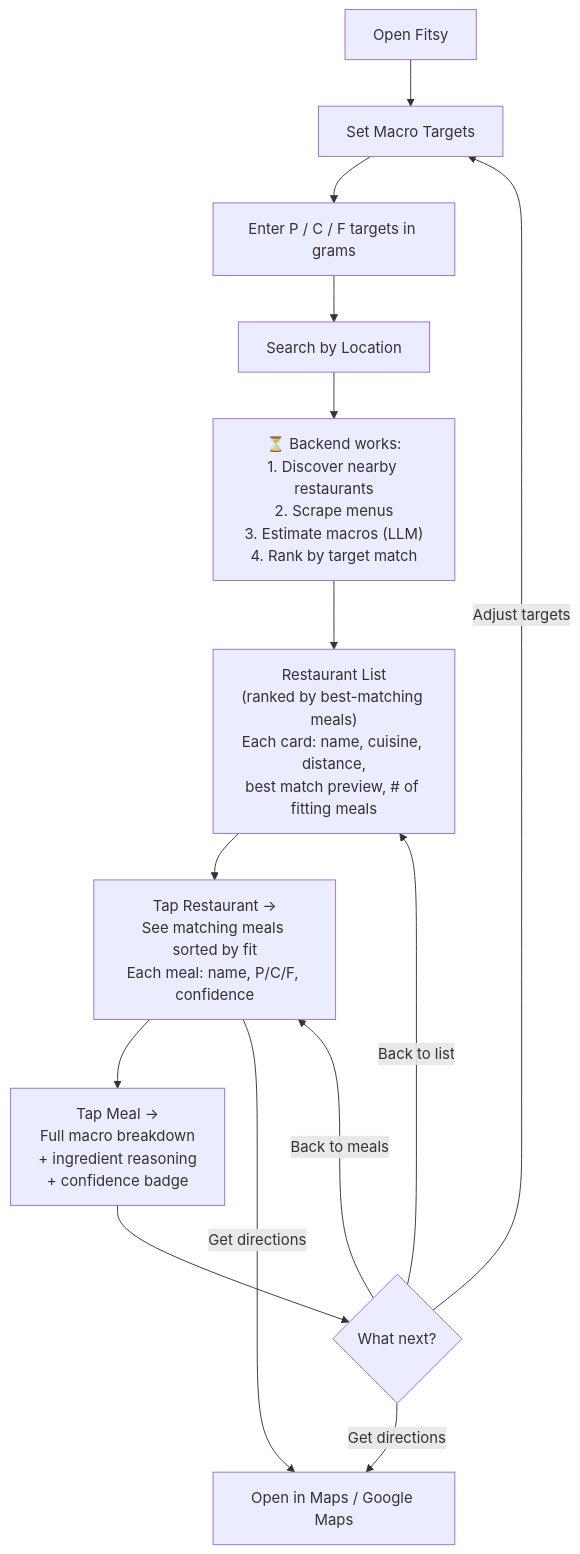
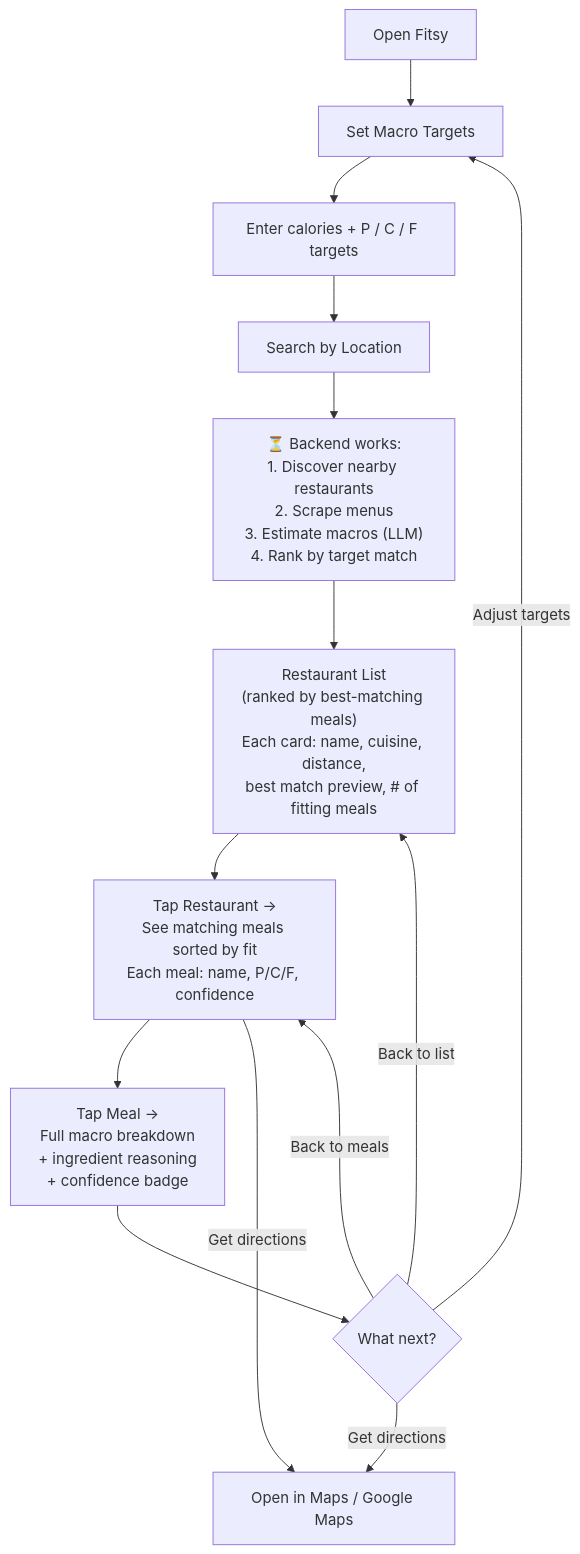
Before and after one commit to dgmolla/fitsy: the first of 2 diagrams in docs/product/specs/vision-prd.md, drawn with Mermaid. The commit also changed other lines of this file and 1 other file, not shown here.

Commit message:
Add calories to macro target input alongside P/C/F

````diff
--- a/docs/product/specs/vision-prd.md
+++ b/docs/product/specs/vision-prd.md
@@ -96,22 +96,22 @@
 ```mermaid
 flowchart TD
     A[Open Fitsy] --> B[Set Macro Targets]
-    B --> C[Enter P / C / F targets in grams]
+    B --> C[Enter calories + P / C / F targets]
     C --> D[Search by Location]
 
     D --> Loading["⏳ Backend works:<br/>1. Discover nearby restaurants<br/>2. Scrape menus<br/>3. Estimate macros (LLM)<br/>4. Rank by target match"]
 
     Loading --> List["Restaurant List<br/>(ranked by best-matching meals)<br/>Each card: name, cuisine, distance,<br/>best match preview, # of fitting meals"]
 
     List --> Restaurant["Tap Restaurant →<br/>See matching meals sorted by fit<br/>Each meal: name, P/C/F, confidence"]
 
     Restaurant --> Meal["Tap Meal →<br/>Full macro breakdown<br/>+ ingredient reasoning<br/>+ confidence badge"]
 
     Meal --> R{What next?}
     R -->|"Get directions"| Maps["Open in Maps / Google Maps"]
     R -->|"Back to meals"| Restaurant
     R -->|"Back to list"| List
     R -->|"Adjust targets"| B
 
     Restaurant -->|"Get directions"| Maps
 ```
````
